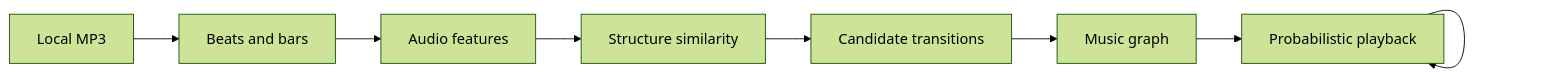
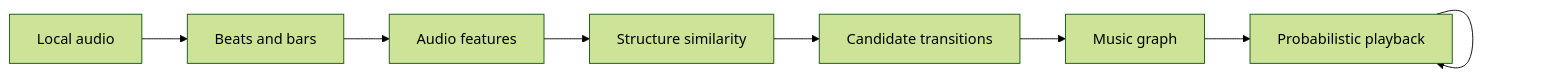
One commit to BorgXQ/continuo changed the diagram in README.md. Above: the diagram before and after it, drawn with Mermaid (forest theme). The commit also changed other lines of this file, not shown here.

````diff
--- a/README.md
+++ b/README.md
@@ -62,10 +66,10 @@
 ```mermaid
 flowchart LR
-    A[Local MP3] --> B[Beats and bars]
+    A[Local audio] --> B[Beats and bars]
     B --> C[Audio features]
     C --> D[Structure similarity]
     D --> E[Candidate transitions]
     E --> F[Music graph]
     F --> G[Probabilistic playback]
     G --> G
 ```
````
